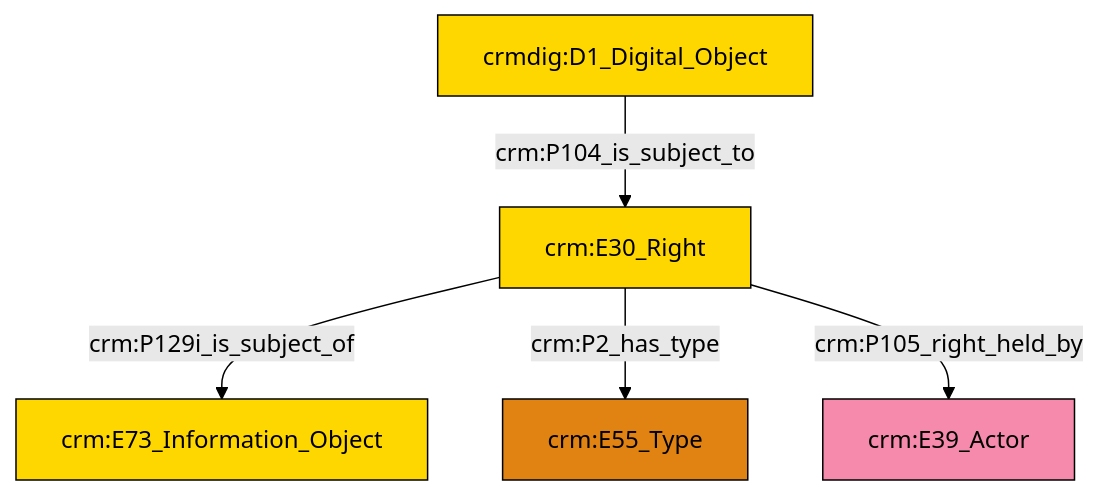
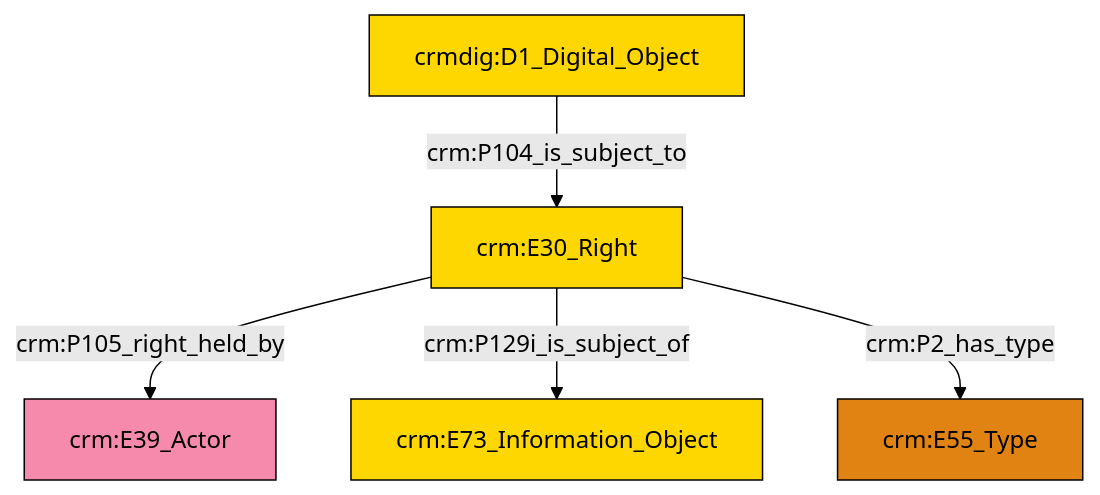
Before and after one commit to swiss-art-research-net/reference-data-models: the diagram in et/doCSV/ttl/mmd/do_rights.ttl.mmd, drawn with Mermaid (forest theme). The commit also changed 122 other files, not shown here.

```diff
--- a/et/doCSV/ttl/mmd/do_rights.ttl.mmd
+++ b/et/doCSV/ttl/mmd/do_rights.ttl.mmd
@@ -1,19 +1,19 @@
 graph TD
 classDef Literal fill:#f2f2f2,stroke:#000000;
 classDef CRM_Entity fill:#FFFFFF,stroke:#000000;
 classDef Temporal_Entity fill:#00C9E6, stroke:#000000;
 classDef Type fill:#E18312, stroke:#000000;
 classDef Time-Span fill:#2C9C91, stroke:#000000;
 classDef Appellation fill:#FFEB7F, stroke:#000000;
 classDef Place fill:#008836, stroke:#000000;
 classDef Persistent_Item fill:#B266B2, stroke:#000000;
 classDef Conceptual_Object fill:#FFD700, stroke:#000000;
 classDef Physical_Thing fill:#D2B48C, stroke:#000000;
 classDef Actor fill:#f58aad, stroke:#000000;
 classDef PC_Classes fill:#4ce600, stroke:#000000;
 classDef Multi fill:#cccccc,stroke:#000000;
 
-0["crm:E30_Right"]:::Conceptual_Object -->|crm:P129i_is_subject_of| 2["crm:E73_Information_Object"]:::Conceptual_Object
-4["crmdig:D1_Digital_Object"]:::Conceptual_Object -->|crm:P104_is_subject_to| 0["crm:E30_Right"]:::Conceptual_Object
-0["crm:E30_Right"]:::Conceptual_Object -->|crm:P2_has_type| 8["crm:E55_Type"]:::Type
-0["crm:E30_Right"]:::Conceptual_Object -->|crm:P105_right_held_by| 6["crm:E39_Actor"]:::Actor
+2["crm:E30_Right"]:::Conceptual_Object -->|crm:P105_right_held_by| 3["crm:E39_Actor"]:::Actor
+2["crm:E30_Right"]:::Conceptual_Object -->|crm:P129i_is_subject_of| 0["crm:E73_Information_Object"]:::Conceptual_Object
+5["crmdig:D1_Digital_Object"]:::Conceptual_Object -->|crm:P104_is_subject_to| 2["crm:E30_Right"]:::Conceptual_Object
+2["crm:E30_Right"]:::Conceptual_Object -->|crm:P2_has_type| 6["crm:E55_Type"]:::Type
```
